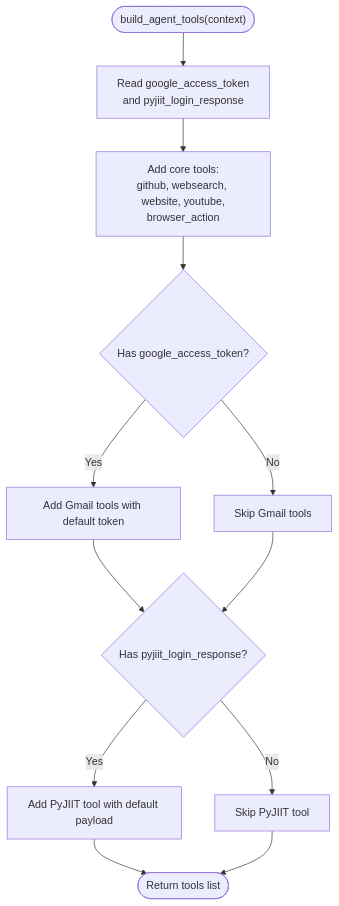
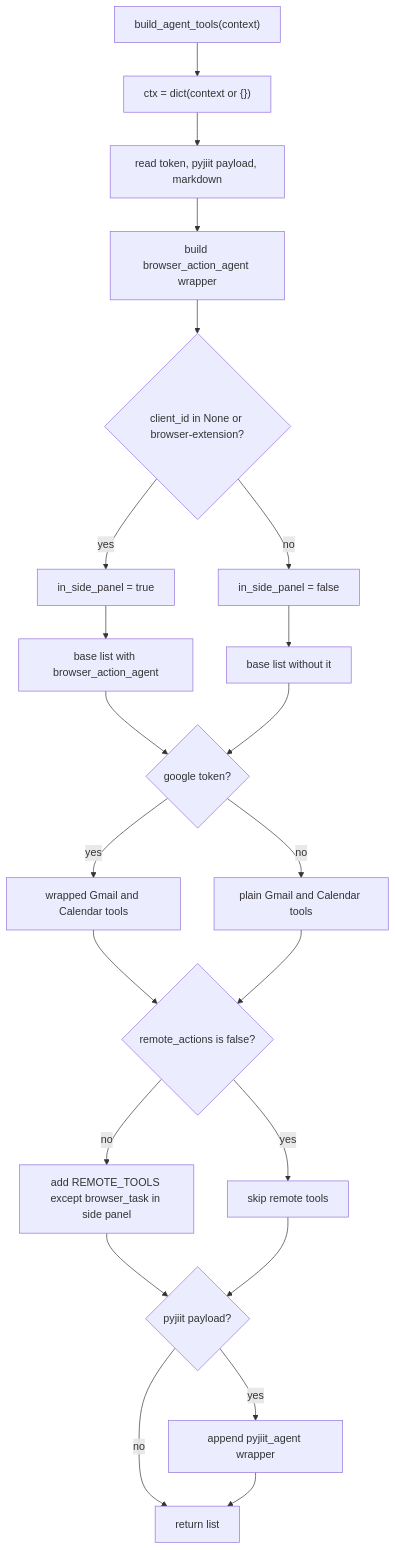
One commit to tashifkhan/tashif.codes changed the third of 5 diagrams in src/data/docs/agentic-browser/Tool System/Tool Architecture and Design.md. Above: the diagram before and after it, drawn with Mermaid. The commit also changed other lines of this file and 114 other files, not shown here.

````diff
--- a/src/data/docs/agentic-browser/Tool System/Tool Architecture and Design.md
+++ b/src/data/docs/agentic-browser/Tool System/Tool Architecture and Design.md
@@ -120,14 +101,24 @@
 ```mermaid
 flowchart TD
-Start(["build_agent_tools(context)"]) --> ReadCtx["Read google_access_token<br/>and pyjiit_login_response"]
-ReadCtx --> BaseTools["Add core tools:<br/>github, websearch, website, youtube,<br/>browser_action"]
-BaseTools --> HasGoogle{"Has google_access_token?"}
-HasGoogle --> |Yes| AddGmail["Add Gmail tools with default token"]
-HasGoogle --> |No| SkipGmail["Skip Gmail tools"]
-AddGmail --> HasPyjiit{"Has pyjiit_login_response?"}
-SkipGmail --> HasPyjiit
-HasPyjiit --> |Yes| AddPyjiit["Add PyJIIT tool with default payload"]
-HasPyjiit --> |No| SkipPyjiit["Skip PyJIIT tool"]
-AddPyjiit --> Done(["Return tools list"])
-SkipPyjiit --> Done
+  A["build_agent_tools(context)"] --> B["ctx = dict(context or {})"]
+  B --> C["read token, pyjiit payload, markdown"]
+  C --> D["build browser_action_agent wrapper"]
+  D --> E{"client_id in None or browser-extension?"}
+  E -->|yes| F["in_side_panel = true"]
+  E -->|no| G["in_side_panel = false"]
+  F --> H["base list with browser_action_agent"]
+  G --> I["base list without it"]
+  H --> J{"google token?"}
+  I --> J
+  J -->|yes| K["wrapped Gmail and Calendar tools"]
+  J -->|no| L["plain Gmail and Calendar tools"]
+  K --> M{"remote_actions is false?"}
+  L --> M
+  M -->|no| N["add REMOTE_TOOLS except browser_task in side panel"]
+  M -->|yes| O["skip remote tools"]
+  N --> P{"pyjiit payload?"}
+  O --> P
+  P -->|yes| Q["append pyjiit_agent wrapper"]
+  P -->|no| R["return list"]
+  Q --> R
 ```
````
